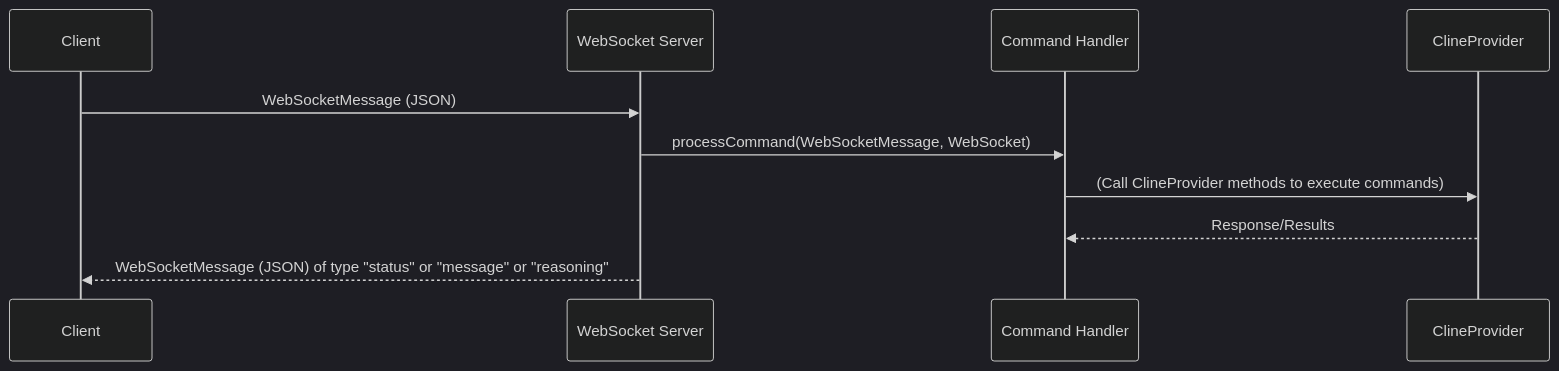
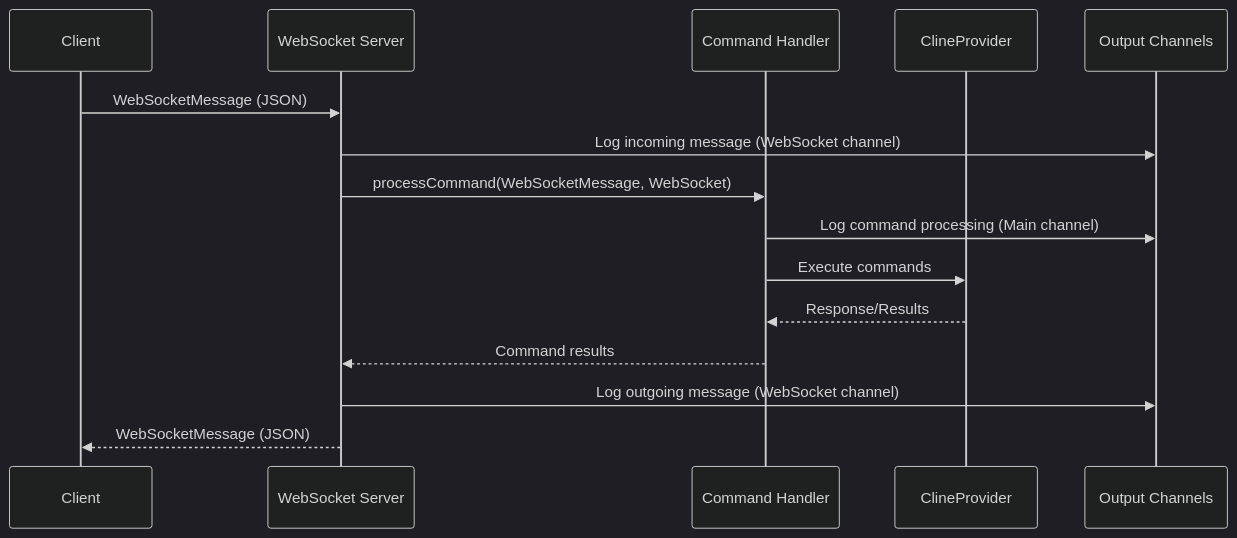
One commit to Jdo300/Roo-Code changed the diagram in cline_docs/systemPatterns.md. Above: the diagram before and after it, drawn with Mermaid (dark theme). The commit also changed other lines of this file and 5 other files, not shown here.

````diff
--- a/cline_docs/systemPatterns.md
+++ b/cline_docs/systemPatterns.md
@@ -35,13 +38,18 @@
 ```mermaid
 sequenceDiagram
     participant Client
     participant WebSocket Server
     participant Command Handler
     participant ClineProvider
+    participant Output Channels
 
     Client->>WebSocket Server: WebSocketMessage (JSON)
+    WebSocket Server->>Output Channels: Log incoming message (WebSocket channel)
     WebSocket Server->>Command Handler: processCommand(WebSocketMessage, WebSocket)
-    Command Handler->>ClineProvider: (Call ClineProvider methods to execute commands)
+    Command Handler->>Output Channels: Log command processing (Main channel)
+    Command Handler->>ClineProvider: Execute commands
     ClineProvider-->>Command Handler: Response/Results
-    WebSocket Server-->>Client: WebSocketMessage (JSON) of type "status" or "message" or "reasoning"
+    Command Handler-->>WebSocket Server: Command results
+    WebSocket Server->>Output Channels: Log outgoing message (WebSocket channel)
+    WebSocket Server-->>Client: WebSocketMessage (JSON)
 ```
````
